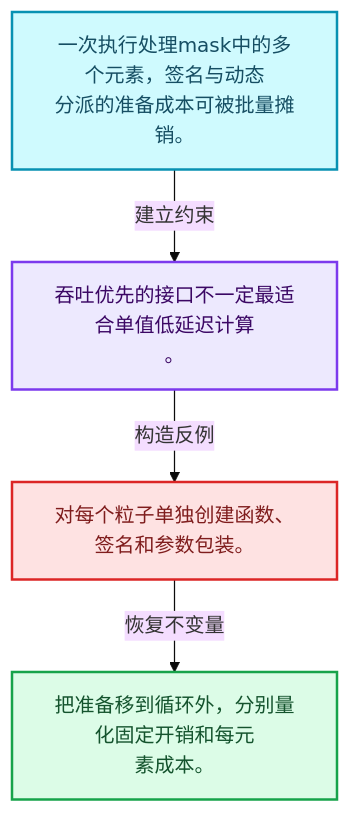
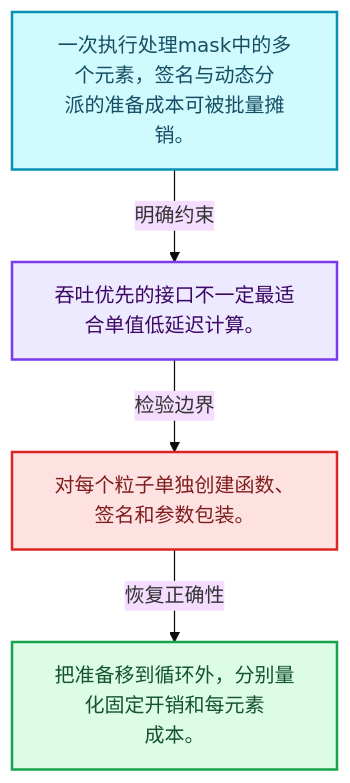
The first of 4 diagrams in 杂/markdown/全面学习-codex/07-MultiFunction与批量执行/01-批量计算模型.md (yunkezengren/blender-.vscode), drawn with Mermaid (base theme) before and after one commit. The commit also changed other lines of this file and 1930 other files, not shown here.

````diff
--- a/杂/markdown/全面学习-codex/07-MultiFunction与批量执行/01-批量计算模型.md
+++ b/杂/markdown/全面学习-codex/07-MultiFunction与批量执行/01-批量计算模型.md
@@ -29,16 +29,16 @@
 ```mermaid
 flowchart TB
-  M["一次执行处理mask中的多个元素，签名与动态<br/>分派的准备成本可被批量摊销。"]:::data
-  T["吞吐优先的接口不一定最适合单值低延迟计算<br/>。"]:::abstraction
-  X["对每个粒子单独创建函数、签名和参数包装。"]:::error
-  A["把准备移到循环外，分别量化固定开销和每元<br/>素成本。"]:::result
-  M -->|"建立约束"| T
-  T -->|"构造反例"| X
-  X -->|"恢复不变量"| A
+  M["一次执行处理mask中的多个元素，签名与动态分<br/>派的准备成本可被批量摊销。"]:::data
+  C["吞吐优先的接口不一定最适合单值低延迟计算。"]:::abstraction
+  B["对每个粒子单独创建函数、签名和参数包装。"]:::error
+  R["把准备移到循环外，分别量化固定开销和每元素<br/>成本。"]:::result
+  M -->|"明确约束"| C
+  C -->|"检验边界"| B
+  B -->|"恢复正确性"| R
   classDef input fill:#DBEAFE,stroke:#2563EB,color:#172554,stroke-width:2px;
   classDef data fill:#CFFAFE,stroke:#0891B2,color:#164E63,stroke-width:2px;
   classDef abstraction fill:#EDE9FE,stroke:#7C3AED,color:#3B0764,stroke-width:2px;
   classDef compute fill:#FEF3C7,stroke:#D97706,color:#78350F,stroke-width:2px;
   classDef result fill:#DCFCE7,stroke:#16A34A,color:#14532D,stroke-width:2px;
   classDef error fill:#FEE2E2,stroke:#DC2626,color:#7F1D1D,stroke-width:2px;
 ```
````
